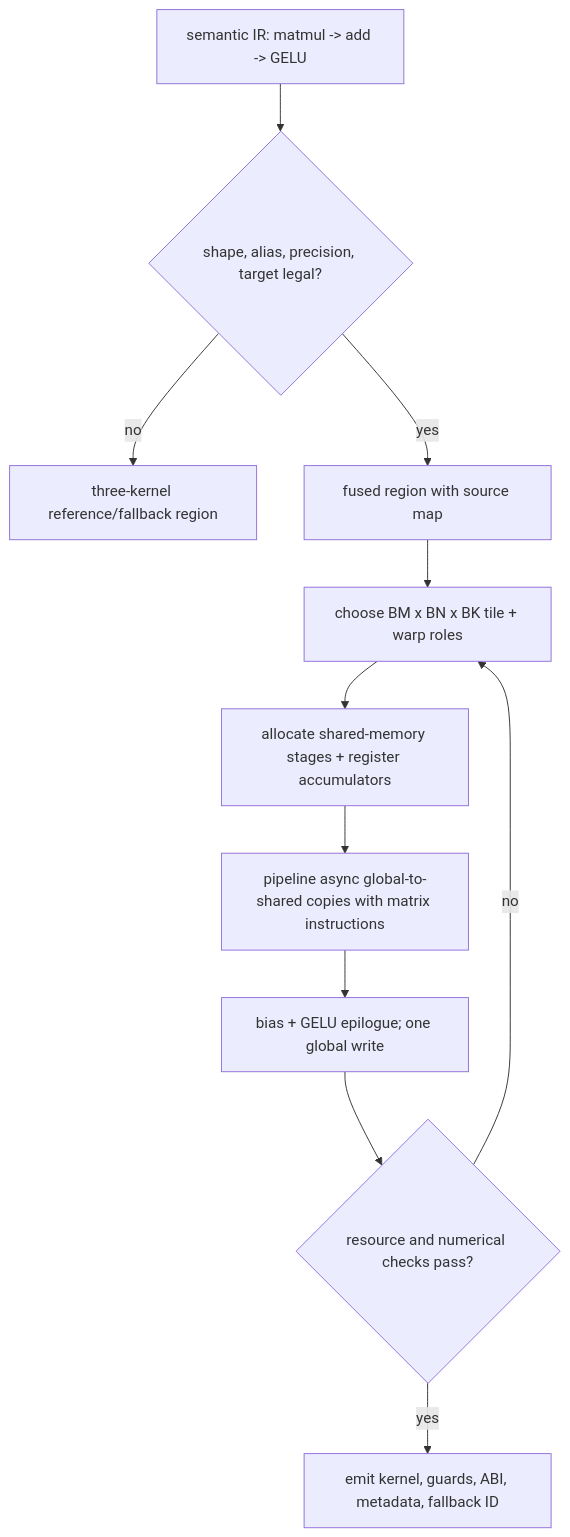
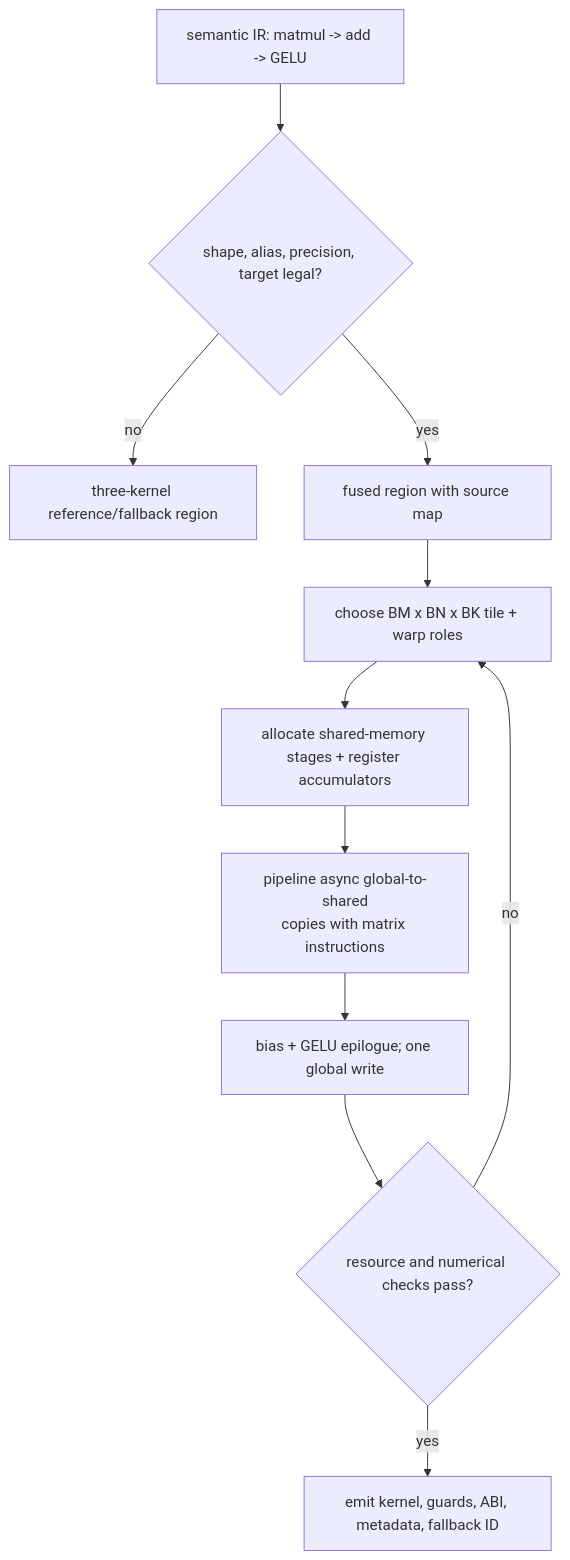
Before and after one commit to Wty2003328/silicon-design-notebook: the third of 4 diagrams in 01_Architecture_and_PPA/02_GPU_Architecture/05_AI_Workloads_and_Serving/04_GPU_Framework_Compiler_Kernel_and_Runtime_Implementation_Blueprint.md, drawn with Mermaid. The commit also changed other lines of this file and 125 other files, not shown here.

First line of the commit message:
Complete the AMBA family, refresh the learning path, and make every figure and formula actually render

````diff
--- a/01_Architecture_and_PPA/02_GPU_Architecture/05_AI_Workloads_and_Serving/04_GPU_Framework_Compiler_Kernel_and_Runtime_Implementation_Blueprint.md
+++ b/01_Architecture_and_PPA/02_GPU_Architecture/05_AI_Workloads_and_Serving/04_GPU_Framework_Compiler_Kernel_and_Runtime_Implementation_Blueprint.md
@@ -136,13 +136,13 @@
 ```mermaid
 flowchart TD
     S["semantic IR: matmul -> add -> GELU"] --> L{"shape, alias, precision, target legal?"}
     L -->|"no"| F["three-kernel reference/fallback region"]
     L -->|"yes"| R["fused region with source map"]
     R --> T["choose BM x BN x BK tile + warp roles"]
     T --> M["allocate shared-memory stages + register accumulators"]
-    M --> P["pipeline async global-to-shared copies with matrix instructions"]
+    M --> P["pipeline async global-to-shared<br/>copies with matrix instructions"]
     P --> E["bias + GELU epilogue; one global write"]
     E --> G{"resource and numerical checks pass?"}
     G -->|"no"| T
     G -->|"yes"| C["emit kernel, guards, ABI, metadata, fallback ID"]
 ```
````
